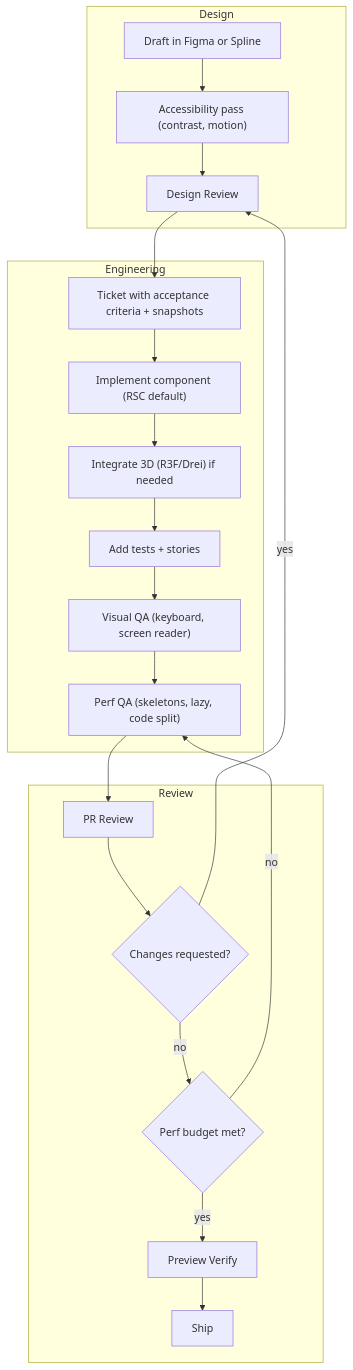
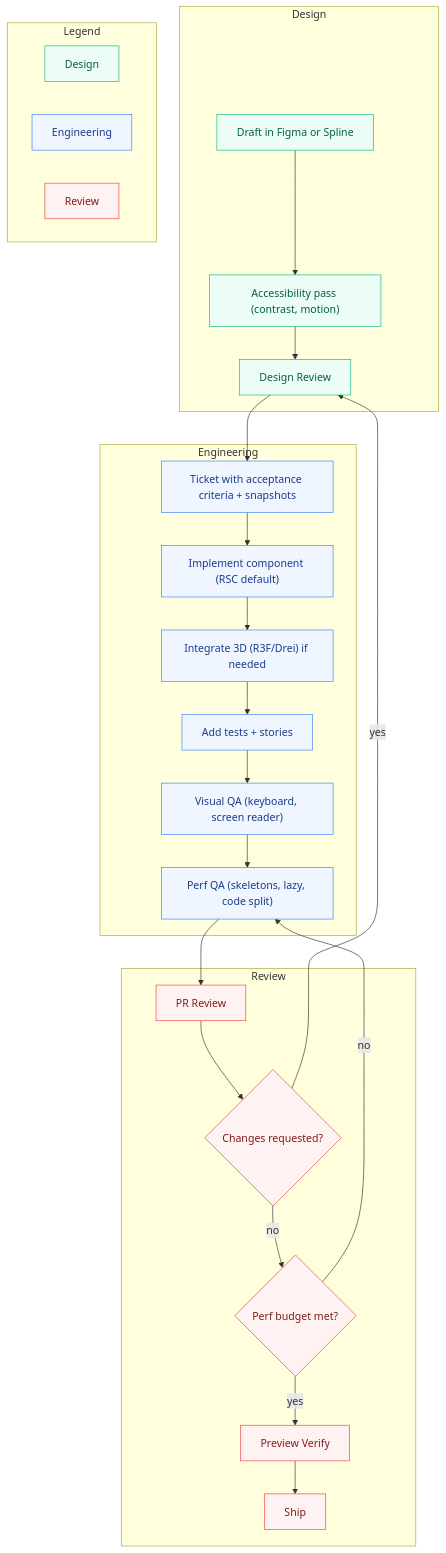
The diagram in docs/diagrams/workflows/design-to-code.md (kpm34/college-football-fantasy-app), drawn with Mermaid before and after one commit. The commit also changed 20 other files, not shown here.

````diff
--- a/docs/diagrams/workflows/design-to-code.md
+++ b/docs/diagrams/workflows/design-to-code.md
@@ -7,31 +7,47 @@
 ```mermaid
 flowchart TD
   %% Lanes use simple titles to avoid bracket parsing issues
   subgraph Design
     D1["Draft in Figma or Spline"]
     D2["Accessibility pass (contrast, motion)"]
     D3[Design Review]
   end
   subgraph Engineering
     E1["Ticket with acceptance criteria + snapshots"]
     E2["Implement component (RSC default)"]
     E3["Integrate 3D (R3F/Drei) if needed"]
     E4["Add tests + stories"]
     E5["Visual QA (keyboard, screen reader)"]
     E6["Perf QA (skeletons, lazy, code split)"]
   end
   subgraph Review
     R1[PR Review]
     C1{Changes requested?}
     P1{Perf budget met?}
     R2[Preview Verify]
     R3[Ship]
   end
 
   %% Flow
   D1 --> D2 --> D3 --> E1 --> E2 --> E3 --> E4 --> E5 --> E6 --> R1 --> C1
   C1 -- yes --> D3
   C1 -- no --> P1
   P1 -- no --> E6
   P1 -- yes --> R2 --> R3
+
+  %% Lane colors
+  classDef laneDesign fill:#ECFDF5,stroke:#10B981,color:#065F46
+  classDef laneEng fill:#EFF6FF,stroke:#3B82F6,color:#1E3A8A
+  classDef laneReview fill:#FEF2F2,stroke:#EF4444,color:#7F1D1D
+
+  class D1,D2,D3 laneDesign
+  class E1,E2,E3,E4,E5,E6 laneEng
+  class R1,C1,P1,R2,R3 laneReview
+
+  %% Legend
+  subgraph Legend
+    L1[Design]:::laneDesign
+    L2[Engineering]:::laneEng
+    L3[Review]:::laneReview
+  end
 ```
````
